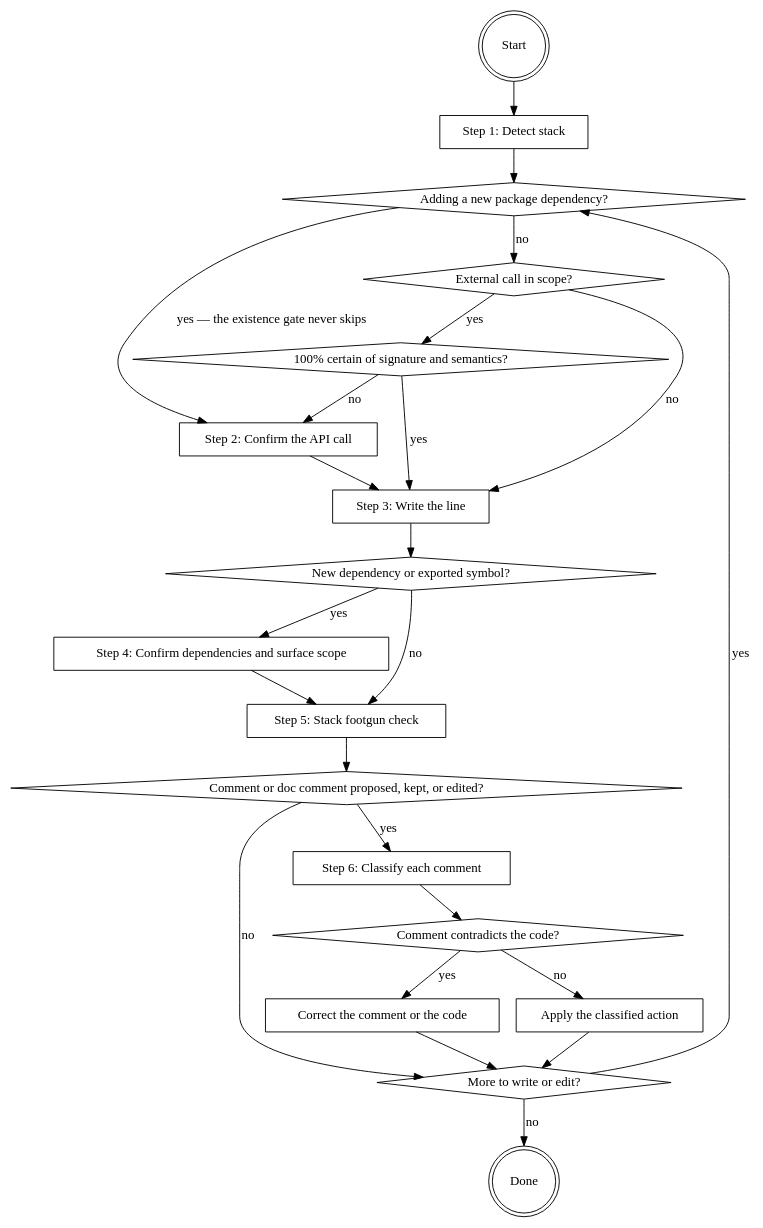
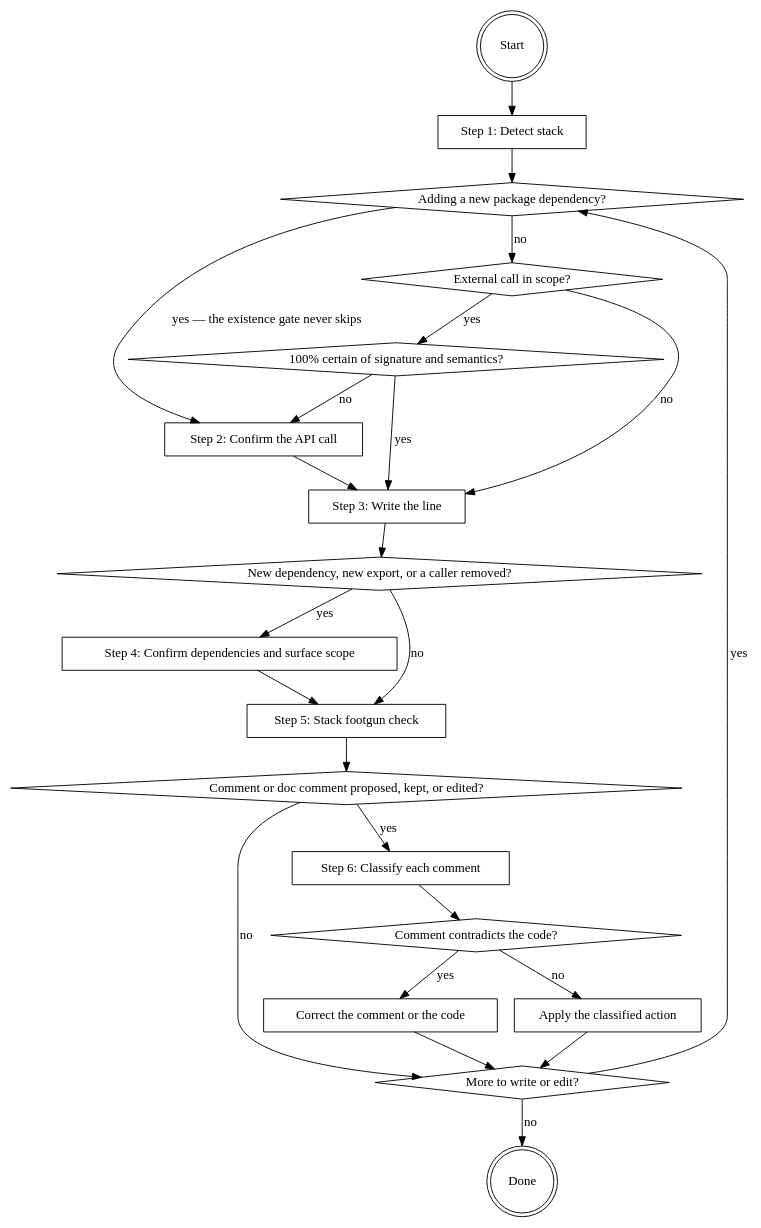
Before and after one commit to it-bens/ai-tools: the diagram in plugins/software-writer/skills/writing-code/SKILL.md, drawn with Graphviz. The commit also changed other lines of this file and 81 other files, not shown here.

````diff
--- a/plugins/software-writer/skills/writing-code/SKILL.md
+++ b/plugins/software-writer/skills/writing-code/SKILL.md
@@ -20,44 +20,44 @@
 ```dot
 digraph writing_code {
     "Start" [shape=doublecircle];
     "Step 1: Detect stack" [shape=box];
     "Adding a new package dependency?" [shape=diamond];
     "External call in scope?" [shape=diamond];
     "100% certain of signature and semantics?" [shape=diamond];
     "Step 2: Confirm the API call" [shape=box];
     "Step 3: Write the line" [shape=box];
-    "New dependency or exported symbol?" [shape=diamond];
+    "New dependency, new export, or a caller removed?" [shape=diamond];
     "Step 4: Confirm dependencies and surface scope" [shape=box];
     "Step 5: Stack footgun check" [shape=box];
     "Comment or doc comment proposed, kept, or edited?" [shape=diamond];
     "Step 6: Classify each comment" [shape=box];
     "Comment contradicts the code?" [shape=diamond];
     "Correct the comment or the code" [shape=box];
     "Apply the classified action" [shape=box];
     "More to write or edit?" [shape=diamond];
     "Done" [shape=doublecircle];
 
     "Start" -> "Step 1: Detect stack" -> "Adding a new package dependency?";
     "Adding a new package dependency?" -> "Step 2: Confirm the API call" [label="yes — the existence gate never skips"];
     "Adding a new package dependency?" -> "External call in scope?" [label="no"];
     "External call in scope?" -> "100% certain of signature and semantics?" [label="yes"];
     "External call in scope?" -> "Step 3: Write the line" [label="no"];
     "100% certain of signature and semantics?" -> "Step 3: Write the line" [label="yes"];
     "100% certain of signature and semantics?" -> "Step 2: Confirm the API call" [label="no"];
     "Step 2: Confirm the API call" -> "Step 3: Write the line";
-    "Step 3: Write the line" -> "New dependency or exported symbol?";
-    "New dependency or exported symbol?" -> "Step 4: Confirm dependencies and surface scope" [label="yes"];
-    "New dependency or exported symbol?" -> "Step 5: Stack footgun check" [label="no"];
+    "Step 3: Write the line" -> "New dependency, new export, or a caller removed?";
+    "New dependency, new export, or a caller removed?" -> "Step 4: Confirm dependencies and surface scope" [label="yes"];
+    "New dependency, new export, or a caller removed?" -> "Step 5: Stack footgun check" [label="no"];
     "Step 4: Confirm dependencies and surface scope" -> "Step 5: Stack footgun check";
     "Step 5: Stack footgun check" -> "Comment or doc comment proposed, kept, or edited?";
     "Comment or doc comment proposed, kept, or edited?" -> "Step 6: Classify each comment" [label="yes"];
     "Comment or doc comment proposed, kept, or edited?" -> "More to write or edit?" [label="no"];
     "Step 6: Classify each comment" -> "Comment contradicts the code?";
     "Comment contradicts the code?" -> "Correct the comment or the code" [label="yes"];
     "Comment contradicts the code?" -> "Apply the classified action" [label="no"];
     "Correct the comment or the code" -> "More to write or edit?";
     "Apply the classified action" -> "More to write or edit?";
     "More to write or edit?" -> "Adding a new package dependency?" [label="yes"];
     "More to write or edit?" -> "Done" [label="no"];
 }
 ```
````
